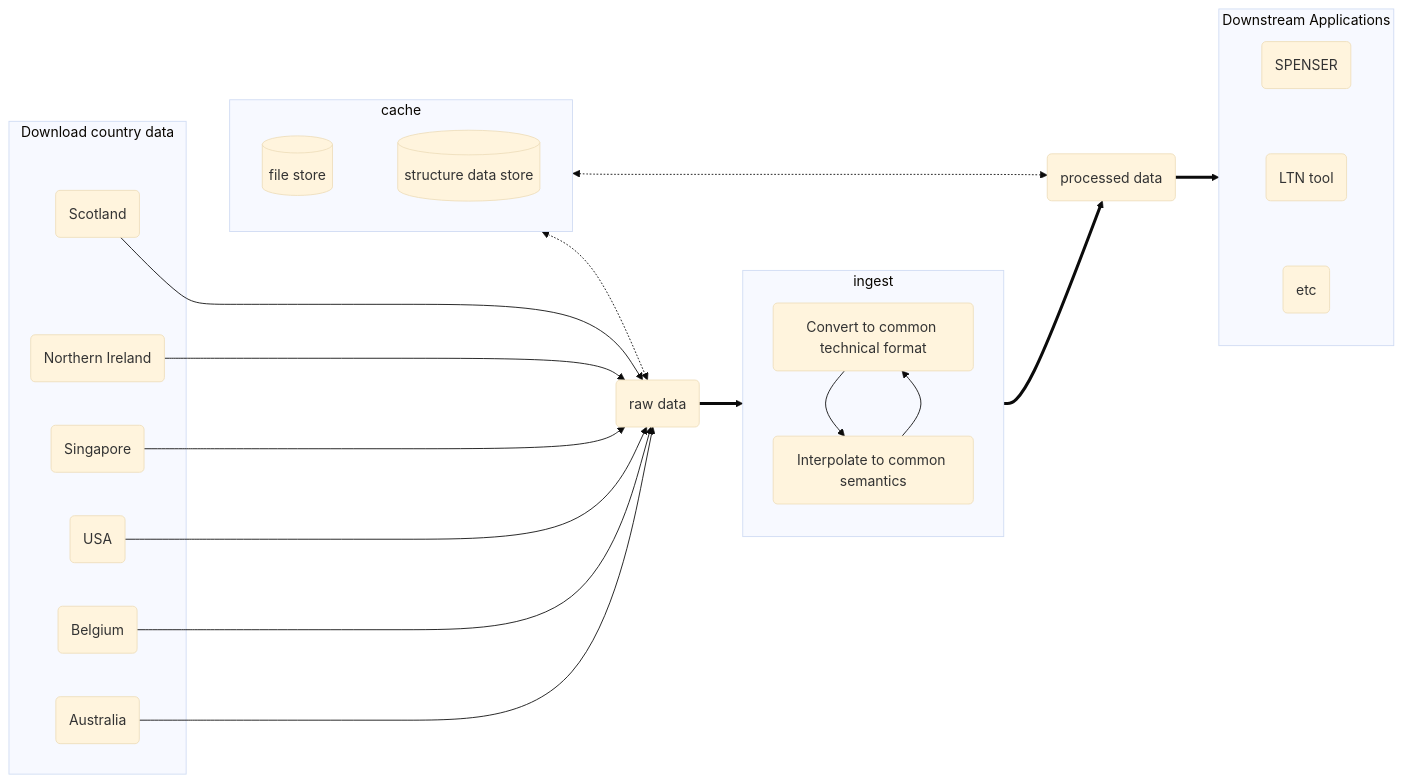
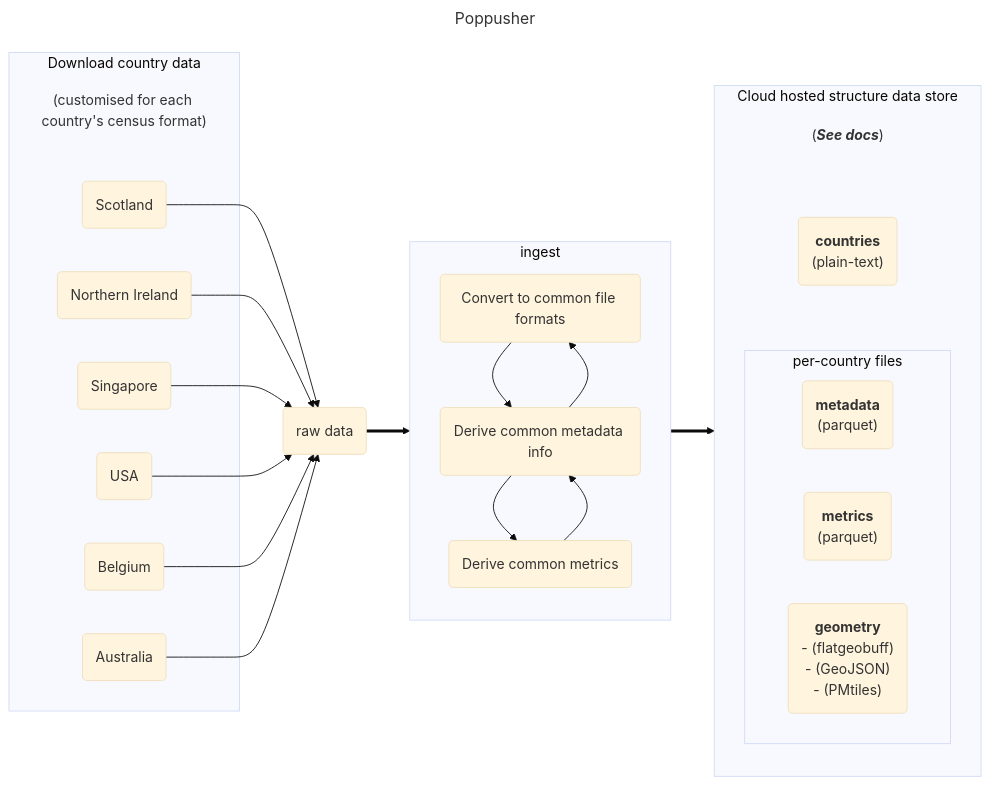
One commit to Urban-Analytics-Technology-Platform/poppusher changed the first of 2 diagrams in flow-diagram.md. Above: the diagram before and after it, drawn with Mermaid (base theme). The commit also changed other lines of this file and 1 other file, not shown here.

Commit message:
updates flow-diagrams and readme with package rename

````diff
--- a/flow-diagram.md
+++ b/flow-diagram.md
@@ -16,48 +7,53 @@
 ```mermaid
-flowchart LR
+---
+title: Poppusher
+---
+graph LR
     subgraph download [Download country data]
+        census_download@{ shape: text, label: "(customised for each country's census format)" }
         aA(Scotland)
         aB(Northern Ireland)
         aC(Singapore)
         aD(USA)
         aE(Belgium)
         aF(Australia)
     end
 
     raw(raw data)
-    processed(processed data)
 
     aA & aB & aC & aD & aE & aF --> raw ==> ingest
 
-    subgraph cache
-        direction LR
-        dA[(file store)]
-        dB[(structure data store)]
-        dA ~~~ dB
+    subgraph ingest
+        bA(Convert to common file formats)
+        bB(Derive common metadata info)
+        bC(Derive common metrics)
+        bA --> bB
+        bB --> bA
+        bC --> bB
+        bB --> bC
     end
 
-    dA <-.-> raw
-    dB <-.-> processed
-    download ~~~ cache
-    raw ~~~ cache
-    cache ~~~ processed
-
-    subgraph ingest
-        bA(Convert to common technical format)
-        bB(Interpolate to common semantics)
-        bA --> bB
-        bB --> bA
+    direction TB
+    subgraph processed [Cloud hosted structure data store]
+        direction TB
+        dir_struct_docs@{ shape: text, label: "(**_See docs_**)" }
+        dA("`**countries**
+          (plain-text)`")
+        subgraph percountry [per-country files]
+            dCa("`**metadata**
+            (parquet)`")
+            dCb("`**metrics**
+            (parquet)`")
+            dCc("`**geometry**
+              - (flatgeobuff)
+              - (GeoJSON)
+              - (PMtiles)`")
+        end
+        dir_struct_docs ~~~ dA
+        dA ~~~ percountry
+        click dir_struct_docs href "https://poppusher.readthedocs.io/en/latest/output_structure/" _blank
     end
 
-
-    subgraph downstream [Downstream Applications]
-        direction TB
-        cA(SPENSER)
-        cB(LTN tool)
-        cC(etc)
-        cA ~~~ cB ~~~ cC
-    end
-
-    ingest ==> processed ==> downstream
+    ingest ==> processed
 
 ```
````
